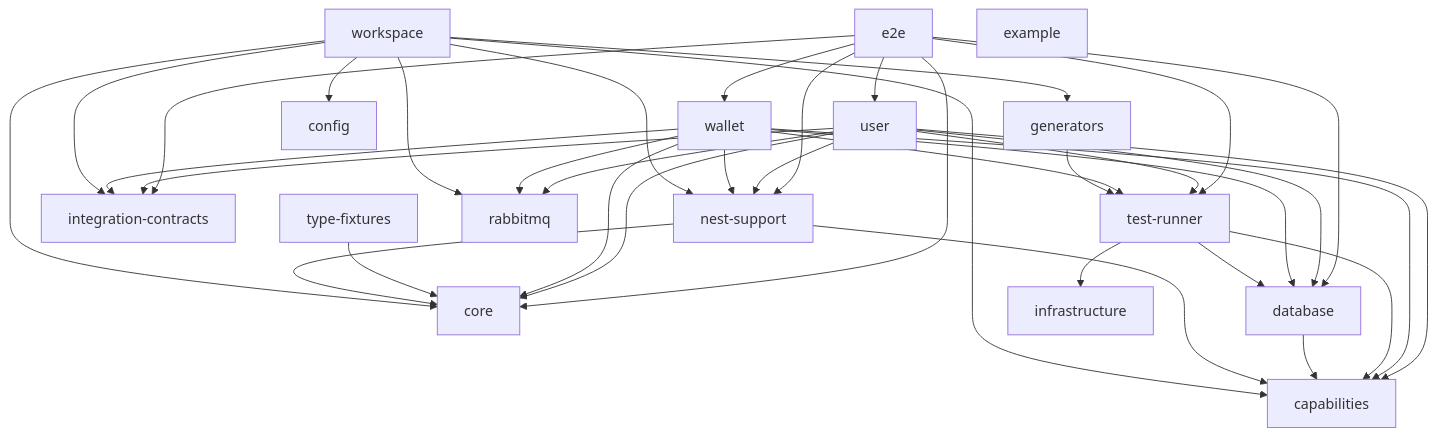
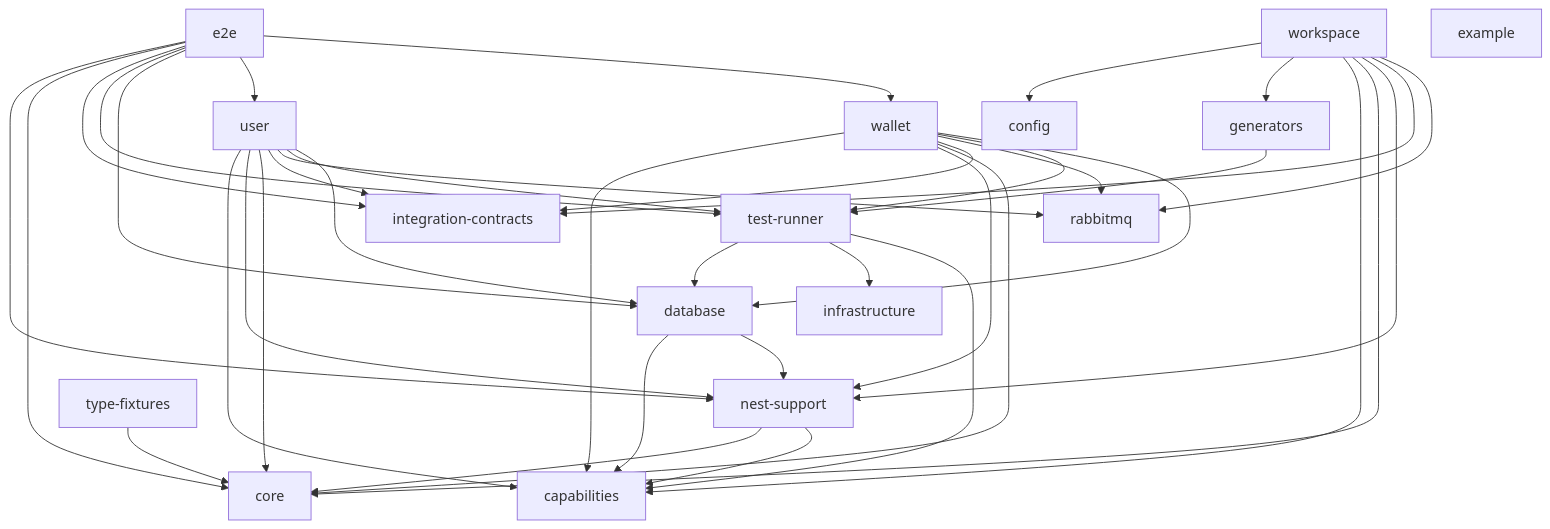
The first of 2 diagrams in docs/nx-workspace.md (danilomartinelli/domain-driven-hexagon-scaffold), drawn with Mermaid before and after one commit. The commit also changed other lines of this file and 33 other files, not shown here.

````diff
--- a/docs/nx-workspace.md
+++ b/docs/nx-workspace.md
@@ -49,40 +49,41 @@
 ```mermaid
 graph TD
   e2e --> nest-support
   e2e --> core
   e2e --> integration-contracts
   e2e --> test-runner
   e2e --> database
   e2e --> user
   e2e --> wallet
   user --> capabilities
   user --> nest-support
   user --> core
   user --> integration-contracts
   user --> rabbitmq
   user --> test-runner
   user --> database
   wallet --> capabilities
   wallet --> nest-support
   wallet --> core
   wallet --> integration-contracts
   wallet --> rabbitmq
   wallet --> test-runner
   wallet --> database
   test-runner --> database
   test-runner --> infrastructure
   test-runner --> capabilities
   database --> capabilities
+  database --> nest-support
   generators --> test-runner
   type-fixtures --> core
   nest-support --> core
   nest-support --> capabilities
   workspace --> config
   workspace --> generators
   workspace --> capabilities
   workspace --> core
   workspace --> nest-support
   workspace --> integration-contracts
   workspace --> rabbitmq
   example
 ```
````
